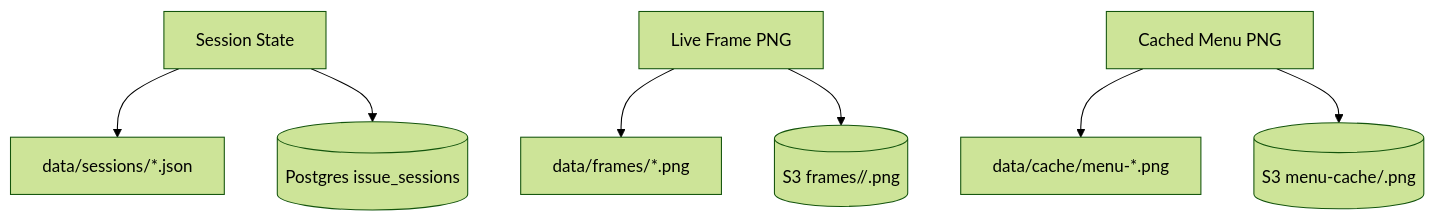
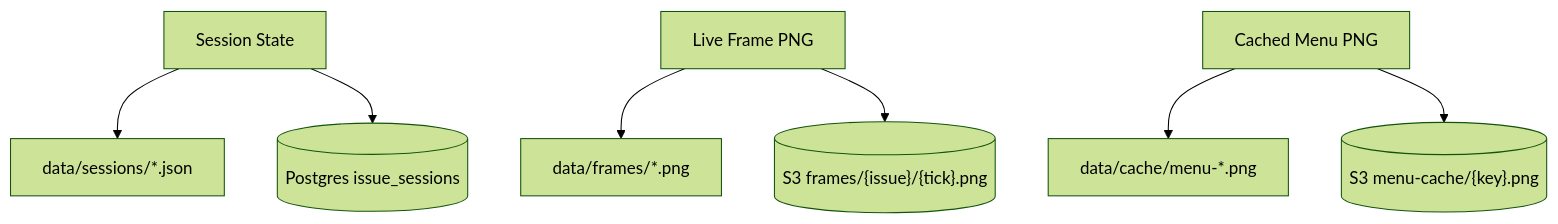
One commit to FirePheonix/doom-on-github-issues changed the fourth of 4 diagrams in documentation/v4-release-notes/architecture.md. Above: the diagram before and after it, drawn with Mermaid (forest theme). The commit also changed other lines of this file and 4 other files, not shown here.

Commit message:
docs: normalize v4 mermaid diagrams for mermaid 11

````diff
--- a/documentation/v4-release-notes/architecture.md
+++ b/documentation/v4-release-notes/architecture.md
@@ -106,11 +106,11 @@
 ```mermaid
 flowchart TD
-  SESSION[Session State] --> FILES[data/sessions/*.json]
-  SESSION --> PG[(Postgres issue_sessions)]
+  SESSION["Session State"] --> FILES["data/sessions/*.json"]
+  SESSION --> PG[("Postgres issue_sessions")]
 
-  LIVEPNG[Live Frame PNG] --> LOCAL[data/frames/*.png]
-  LIVEPNG --> S3[(S3 frames/<issue>/<tick>.png)]
+  LIVEPNG["Live Frame PNG"] --> LOCAL["data/frames/*.png"]
+  LIVEPNG --> S3[("S3 frames/{issue}/{tick}.png")]
 
-  MENU[Cached Menu PNG] --> CACHE[data/cache/menu-*.png]
-  MENU --> SHARED[(S3 menu-cache/<key>.png)]
+  MENU["Cached Menu PNG"] --> CACHE["data/cache/menu-*.png"]
+  MENU --> SHARED[("S3 menu-cache/{key}.png")]
 ```
````
